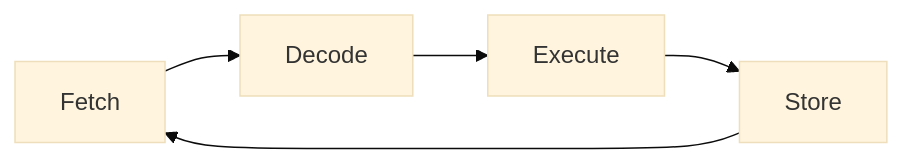
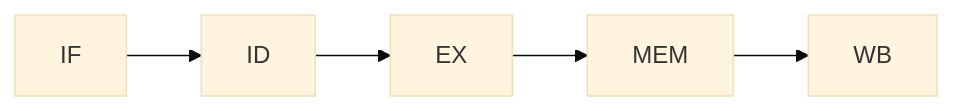
Before and after one commit to jaysalw/csref.dev: the seventh of 10 diagrams in docs/level-4/computing-skills/computer-systems-and-architecture.md, drawn with Mermaid (base theme). The commit also changed other lines of this file and 1 other file, not shown here.

Commit message:
fix: update Computer Architectures documentation with extended notes and diagrams for various architectures

````diff
--- a/docs/level-4/computing-skills/computer-systems-and-architecture.md
+++ b/docs/level-4/computing-skills/computer-systems-and-architecture.md
@@ -110,4 +190,4 @@
 ```mermaid
 flowchart LR
-  F[Fetch] --> D[Decode] --> E[Execute] --> S[Store] --> F
+  IF[IF] --> ID[ID] --> EX[EX] --> MEM[MEM] --> WB[WB]
 ```
````
